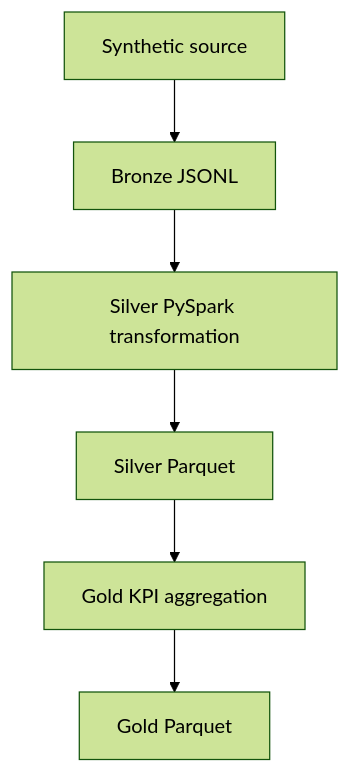
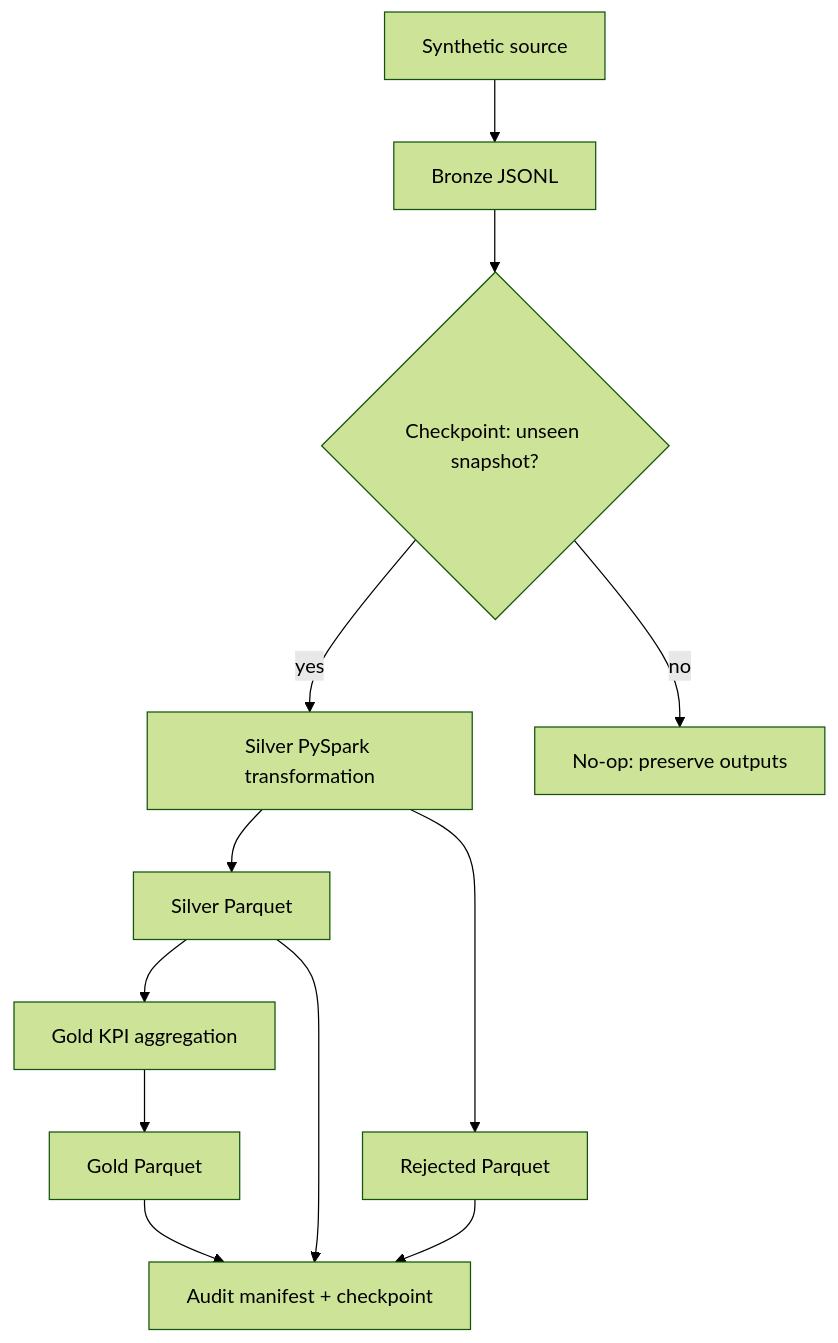
One commit to anveshsvemuri/housing-data-lakehouse changed the diagram in docs/architecture.md. Above: the diagram before and after it, drawn with Mermaid (forest theme). The commit also changed other lines of this file and 4 other files, not shown here.

````diff
--- a/docs/architecture.md
+++ b/docs/architecture.md
@@ -5,8 +5,14 @@
 ```mermaid
 flowchart TD
     A["Synthetic source"] --> B["Bronze JSONL"]
-    B --> C["Silver PySpark transformation"]
+    B --> G{"Checkpoint: unseen snapshot?"}
+    G -- "yes" --> C["Silver PySpark transformation"]
+    G -- "no" --> H["No-op: preserve outputs"]
     C --> D["Silver Parquet"]
+    C --> R["Rejected Parquet"]
     D --> E["Gold KPI aggregation"]
     E --> F["Gold Parquet"]
+    D --> I["Audit manifest + checkpoint"]
+    R --> I
+    F --> I
 ```
````
